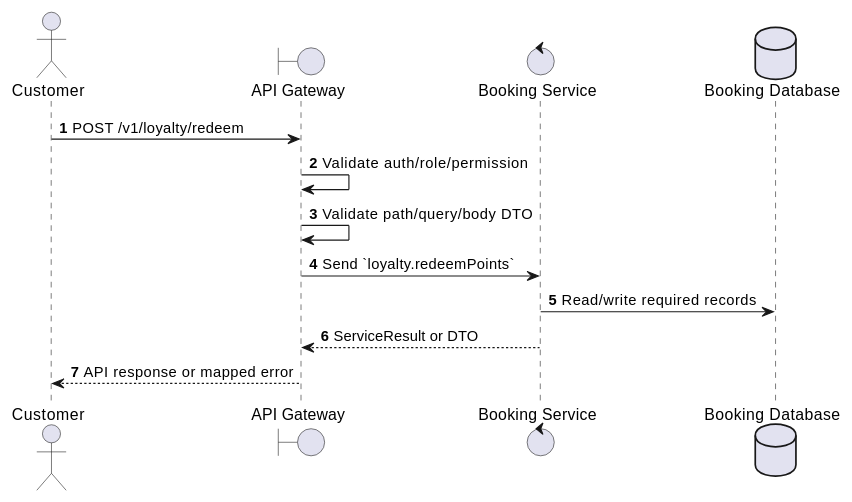
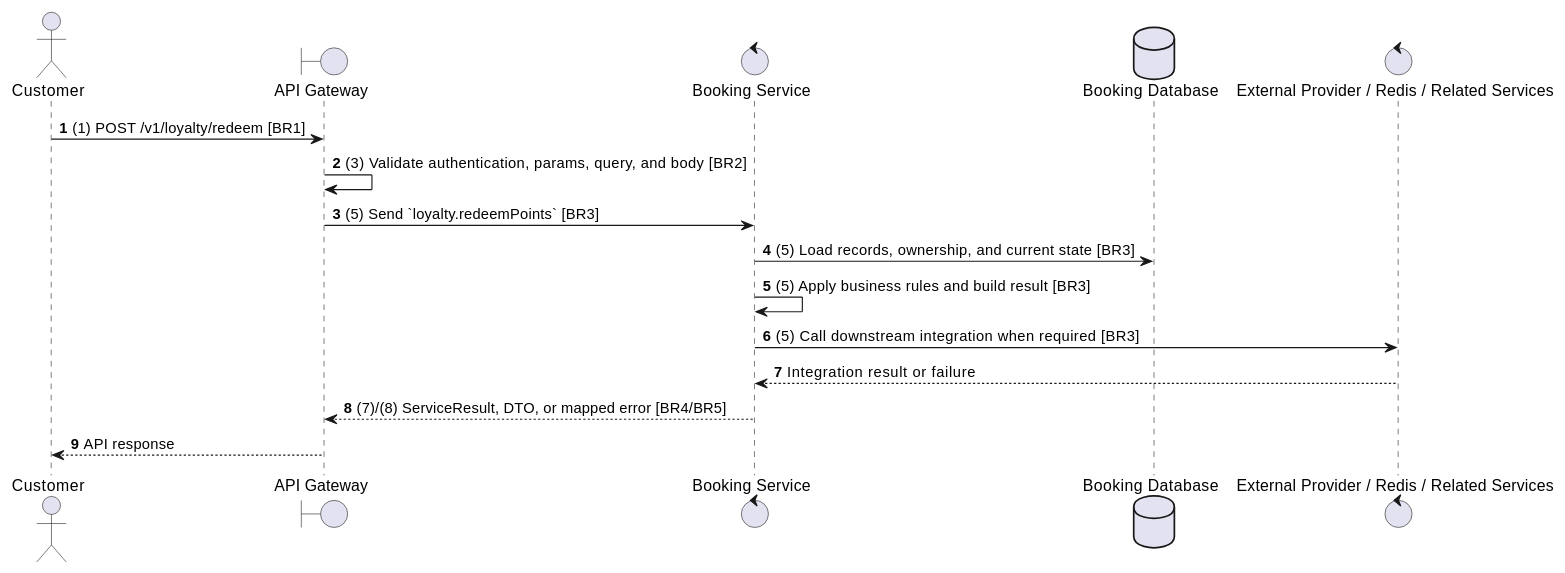
Before and after one commit to Tanh1603/movie-hub-architecture: the second of 2 diagrams in docs/functional_specs/3.11_Loyalty_Points_Module/LY-04_Redeem_Points.md, drawn with PlantUML. The commit also changed other lines of this file and 129 other files, not shown here.

````diff
--- a/docs/functional_specs/3.11_Loyalty_Points_Module/LY-04_Redeem_Points.md
+++ b/docs/functional_specs/3.11_Loyalty_Points_Module/LY-04_Redeem_Points.md
@@ -17,17 +64,20 @@
 ```plantuml
 @startuml
 autonumber
 actor "Customer" as Actor
 boundary "API Gateway" as GW
 control "Booking Service" as SVC
 database "Booking Database" as DB
+control "External Provider / Redis / Related Services" as EXT
 
-Actor -> GW: POST /v1/loyalty/redeem
-GW -> GW: Validate auth/role/permission
-GW -> GW: Validate path/query/body DTO
-GW -> SVC: Send `loyalty.redeemPoints`
-SVC -> DB: Read/write required records
-SVC --> GW: ServiceResult or DTO
-GW --> Actor: API response or mapped error
+Actor -> GW: (1) POST /v1/loyalty/redeem [BR1]
+GW -> GW: (3) Validate authentication, params, query, and body [BR2]
+GW -> SVC: (5) Send `loyalty.redeemPoints` [BR3]
+SVC -> DB: (5) Load records, ownership, and current state [BR3]
+SVC -> SVC: (5) Apply business rules and build result [BR3]
+SVC -> EXT: (5) Call downstream integration when required [BR3]
+EXT --> SVC: Integration result or failure
+SVC --> GW: (7)/(8) ServiceResult, DTO, or mapped error [BR4/BR5]
+GW --> Actor: API response
 @enduml
 ```
````
